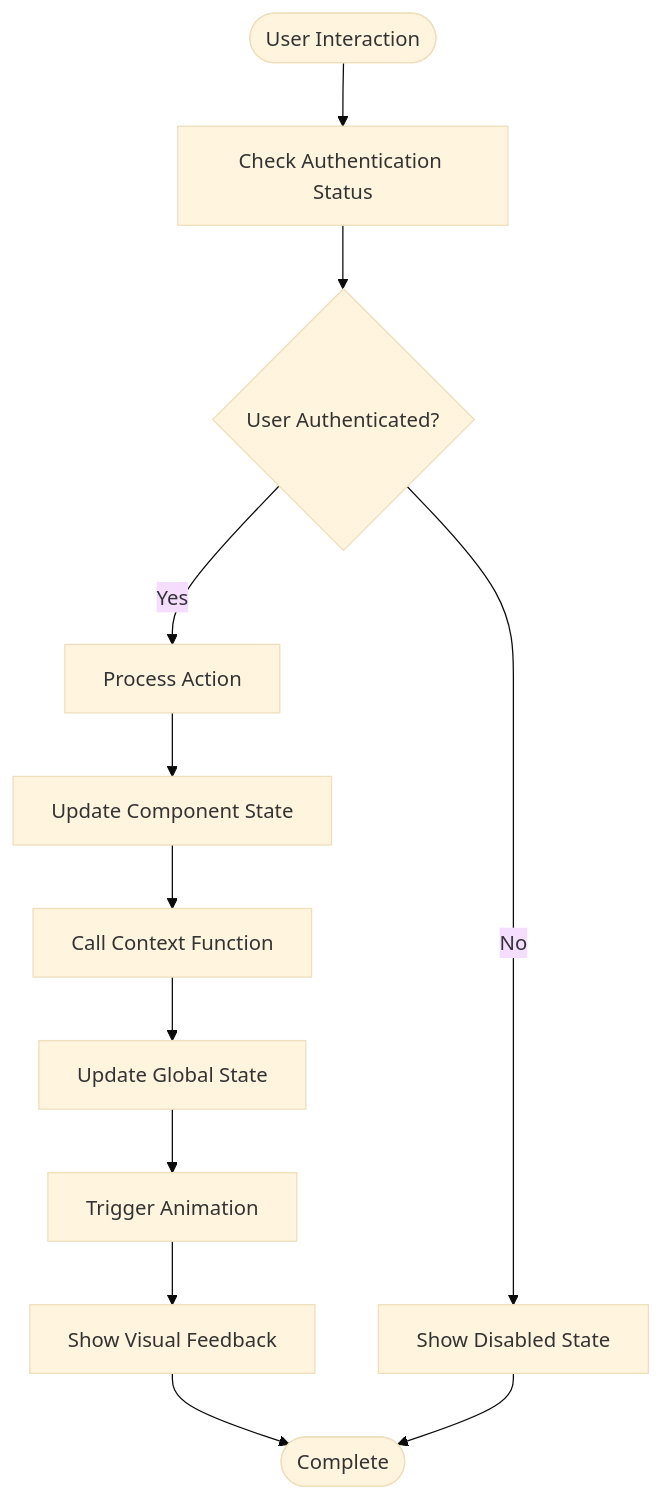
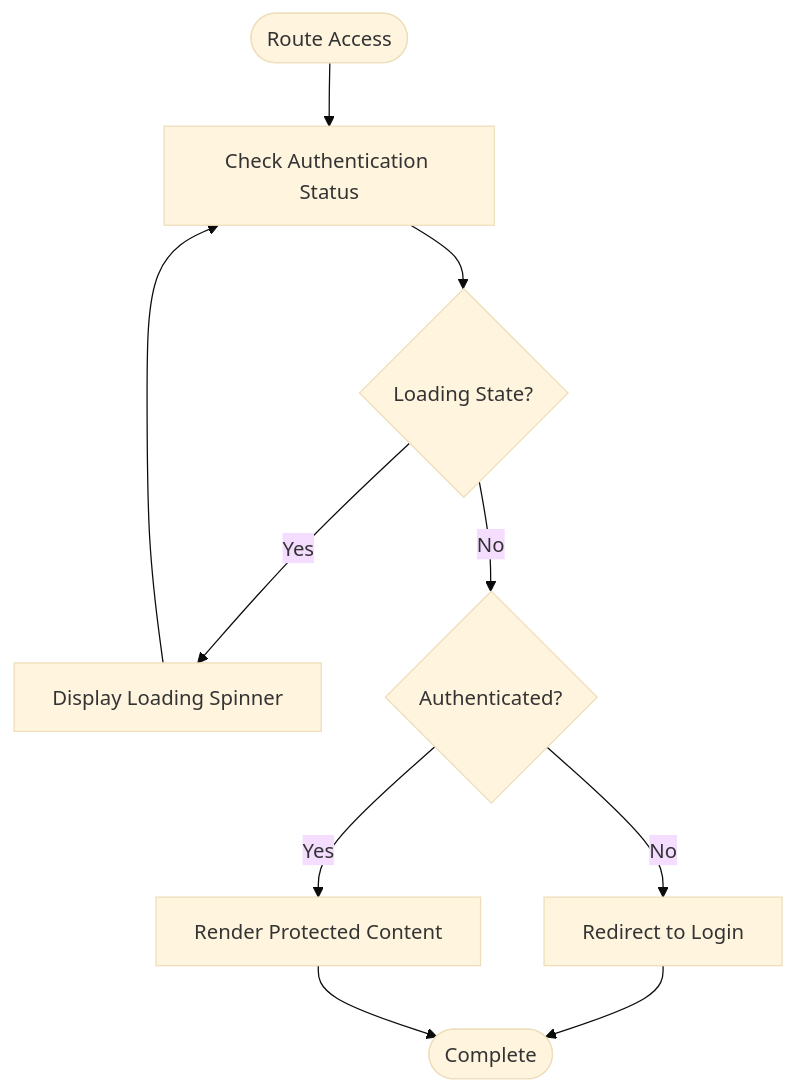
Before and after one commit to aayeshasiddiqah2611-pixel/flavora_ai_server: the seventh of 14 diagrams in .qoder/repowiki/en/content/Component System Architecture.md, drawn with Mermaid (base theme). The commit also changed other lines of this file and 20 other files, not shown here.

````diff
--- a/.qoder/repowiki/en/content/Component System Architecture.md
+++ b/.qoder/repowiki/en/content/Component System Architecture.md
@@ -294,14 +323,12 @@
 ```mermaid
 flowchart TD
-Start([User Interaction]) --> CheckAuth["Check Authentication Status"]
-CheckAuth --> Authenticated{"User Authenticated?"}
-Authenticated --> |No| DisabledState["Show Disabled State"]
-Authenticated --> |Yes| ProcessAction["Process Action"]
-ProcessAction --> UpdateState["Update Component State"]
-UpdateState --> CallContext["Call Context Function"]
-CallContext --> UpdateGlobalState["Update Global State"]
-UpdateGlobalState --> TriggerAnimation["Trigger Animation"]
-TriggerAnimation --> ShowFeedback["Show Visual Feedback"]
-ShowFeedback --> End([Complete])
-DisabledState --> End
+Start([Route Access]) --> CheckAuth["Check Authentication Status"]
+CheckAuth --> Loading{"Loading State?"}
+Loading --> |Yes| ShowSpinner["Display Loading Spinner"]
+Loading --> |No| AuthCheck{"Authenticated?"}
+AuthCheck --> |No| RedirectLogin["Redirect to Login"]
+AuthCheck --> |Yes| AllowAccess["Render Protected Content"]
+ShowSpinner --> CheckAuth
+RedirectLogin --> End([Complete])
+AllowAccess --> End
 ```
````
